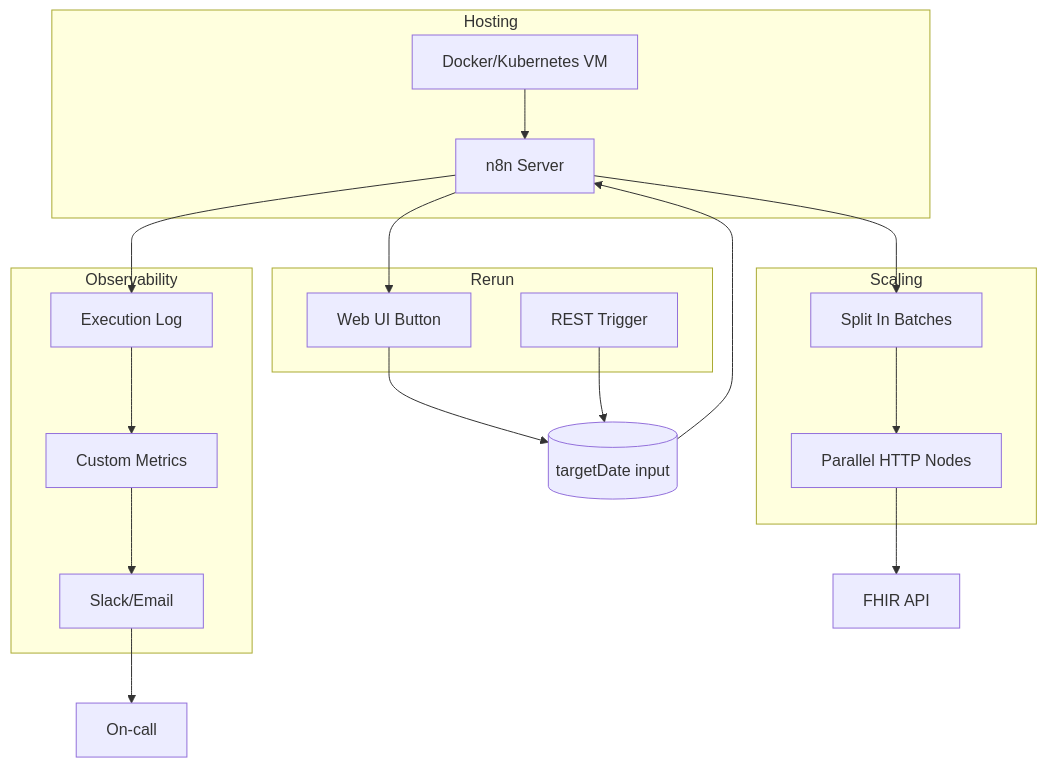
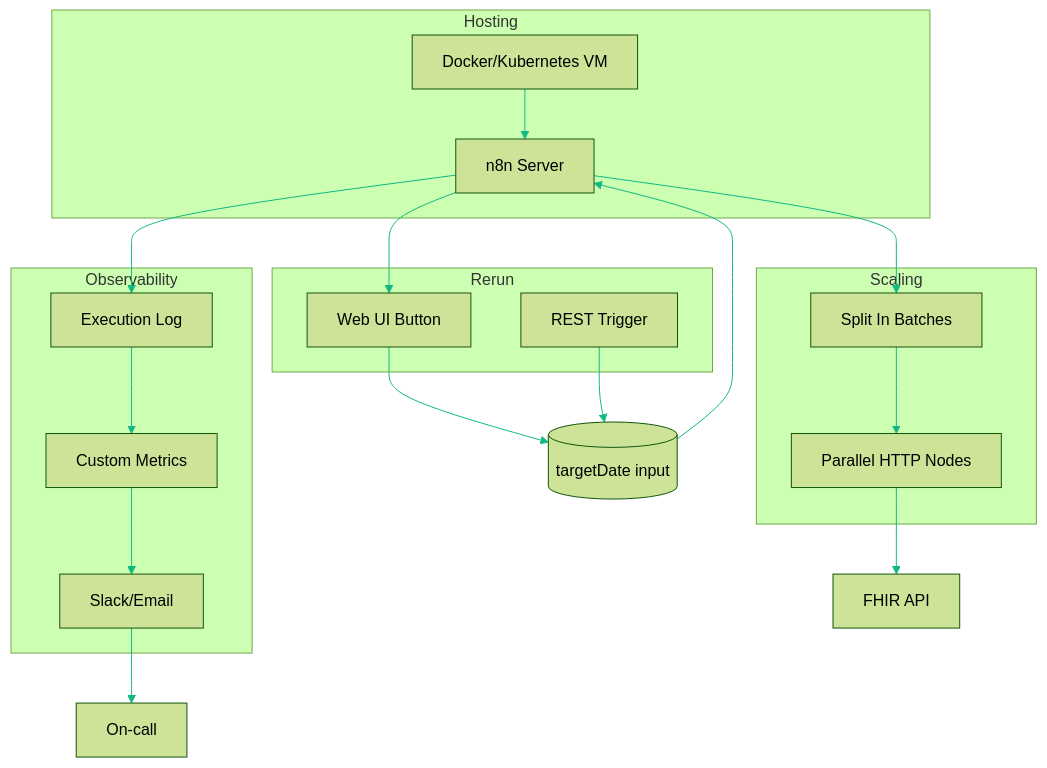
Before and after one commit to donnimsipa/whatsapp-update-interview-task: the diagram in Part B – System Design Proposal/diagrams/operations.mmd, drawn with Mermaid. The commit also changed 2 other files, not shown here.

Commit message:
docs: theme mermaid diagrams and refine part b plan

```diff
--- a/Part B – System Design Proposal/diagrams/operations.mmd
+++ b/Part B – System Design Proposal/diagrams/operations.mmd
@@ -1,31 +1,32 @@
+%%{init: {'theme': 'forest', 'logLevel': 'fatal', 'themeVariables': { 'primaryColor': '#1f2937', 'primaryBorderColor': '#10b981', 'primaryTextColor': '#ecfeff', 'lineColor': '#10b981', 'tertiaryColor': '#111827'}}}%%
 flowchart TB
     subgraph Hosting
         VM[Docker/Kubernetes VM]
         n8n[n8n Server]
     end
     subgraph Scaling
         Split[Split In Batches]
         Parallel[Parallel HTTP Nodes]
     end
     subgraph Observability
         Logs[Execution Log]
         Metrics[Custom Metrics]
         Alerts[Slack/Email]
     end
     subgraph Rerun
         UI[Web UI Button]
         API[REST Trigger]
     end
 
     VM --> n8n
     n8n --> Split
     Split --> Parallel
     Parallel --> FHIR[FHIR API]
     n8n --> Logs
     Logs --> Metrics
     Metrics --> Alerts
     Alerts --> Ops[On-call]
     n8n --> UI
     UI --> RerunTarget[(targetDate input)]
     API --> RerunTarget
     RerunTarget --> n8n
```
